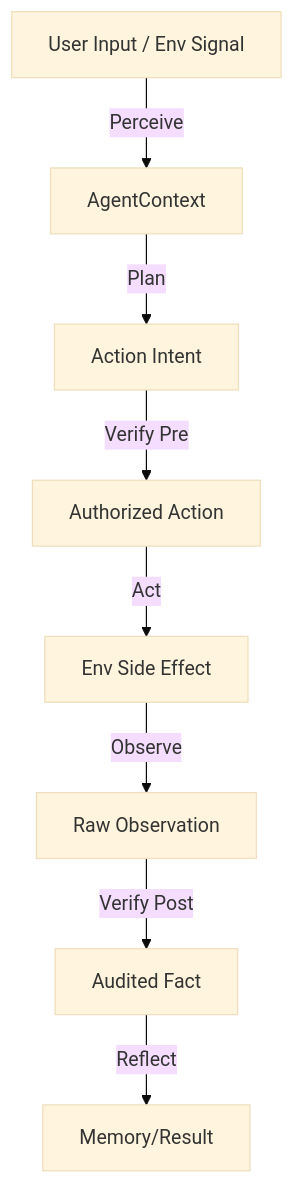
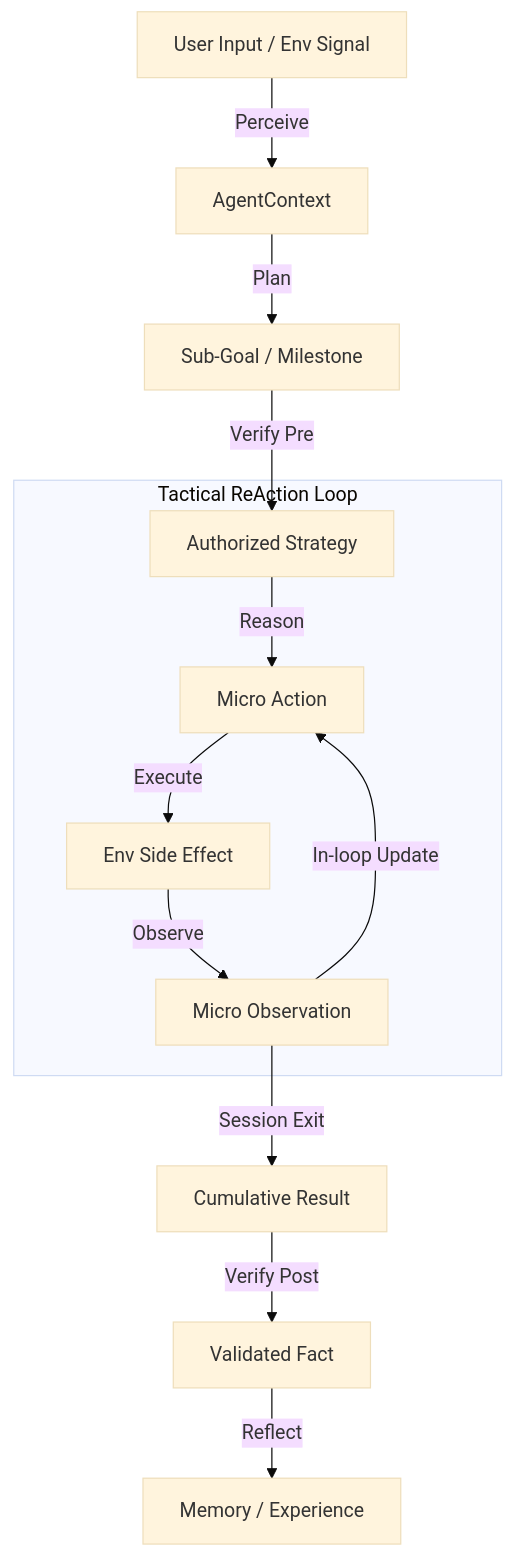
One commit to chaineasy-ai/alice-agent changed the third of 3 diagrams in docs/alice-core-agent/DESIGN.md. Above: the diagram before and after it, drawn with Mermaid (base theme). The commit also changed other lines of this file and 2 other files, not shown here.

````diff
--- a/docs/alice-core-agent/DESIGN.md
+++ b/docs/alice-core-agent/DESIGN.md
@@ -106,10 +103,17 @@
 ```mermaid
 graph TD
     Raw[User Input / Env Signal] -->|Perceive| Structured[AgentContext]
-    Structured -->|Plan| Intent[Action Intent]
-    Intent -->|Verify Pre| SafeIntent[Authorized Action]
-    SafeIntent -->|Act| Effect[Env Side Effect]
-    Effect -->|Observe| RawObs[Raw Observation]
-    RawObs -->|Verify Post| ValidatedObs[Audited Fact]
-    ValidatedObs -->|Reflect| Knowledge[Memory/Result]
+    Structured -->|Plan| StrategicGoal[Sub-Goal / Milestone]
+    StrategicGoal -->|Verify Pre| AuthorizedGoal[Authorized Strategy]
+    
+    subgraph Execution_Session [Tactical ReAction Loop]
+        AuthorizedGoal -->|Reason| MicroIntent[Micro Action]
+        MicroIntent -->|Execute| SideEffect[Env Side Effect]
+        SideEffect -->|Observe| LocalObs[Micro Observation]
+        LocalObs -->|In-loop Update| MicroIntent
+    end
+    
+    LocalObs -->|Session Exit| FinalResult[Cumulative Result]
+    FinalResult -->|Verify Post| AuditedFact[Validated Fact]
+    AuditedFact -->|Reflect| Knowledge[Memory / Experience]
 ```
````
